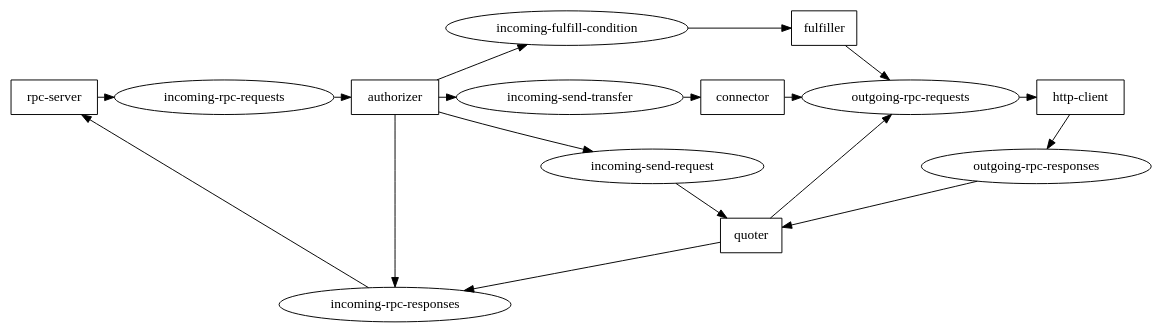
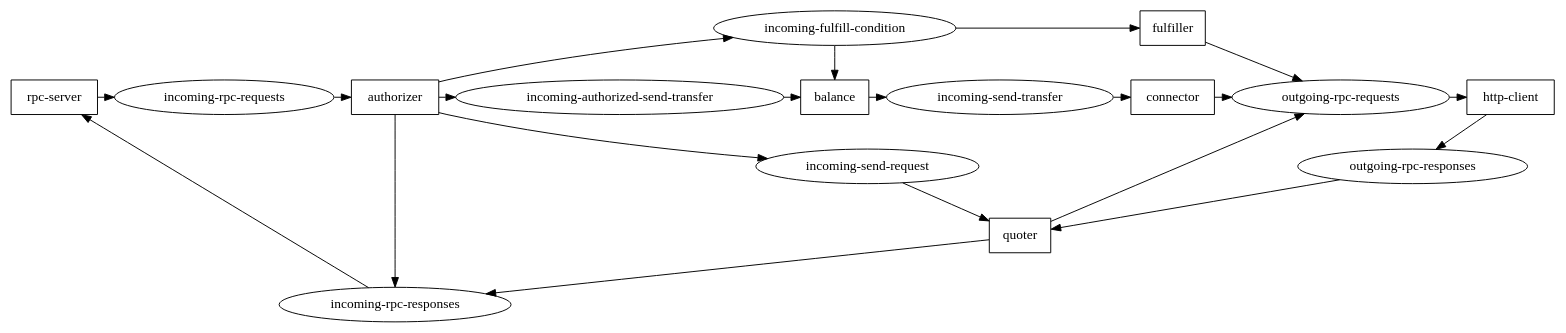
One commit to sharafian/the-metamorphosis changed the diagram in assets/streams.dot. Above: the diagram before and after it, drawn with Graphviz. The commit also changed 2 other files, not shown here.

Commit message:
docs: update graphic

```diff
--- a/assets/streams.dot
+++ b/assets/streams.dot
@@ -1,26 +1,29 @@
 digraph streams {
   subgraph components {
     node [ shape = box ];
     "rpc-server"
     "authorizer"
+    "balance"
     "connector"
     "http-client"
     "fulfiller"
     "quoter"
   }
 
   "rpc-server" -> "incoming-rpc-requests" -> "authorizer";
-  "authorizer" -> "incoming-send-transfer" -> "connector";
+  "authorizer" -> "incoming-authorized-send-transfer" -> "balance"
+  "balance" -> "incoming-send-transfer" -> "connector";
+  "incoming-fulfill-condition" -> "balance";
   "authorizer" -> "incoming-send-request" -> "quoter";
   "authorizer" -> "incoming-rpc-responses" -> "rpc-server";
   "authorizer" -> "incoming-fulfill-condition" -> "fulfiller";
   "connector" -> "outgoing-rpc-requests" -> "http-client";
   "quoter" -> "outgoing-rpc-requests";
   "http-client" -> "outgoing-rpc-responses" -> "quoter" -> "incoming-rpc-responses";
   "fulfiller" -> "outgoing-rpc-requests";
 
-  { rank = same; "rpc-server" "incoming-rpc-requests" "authorizer" "incoming-send-transfer" "connector" "outgoing-rpc-requests" "http-client" }
+  { rank = same; "rpc-server" "incoming-rpc-requests" "authorizer" "incoming-authorized-send-transfer" "balance" "incoming-send-transfer" "connector" "outgoing-rpc-requests" "http-client" }
   { rank = source; "fulfiller" "incoming-fulfill-condition" }
 
 
 }
```
